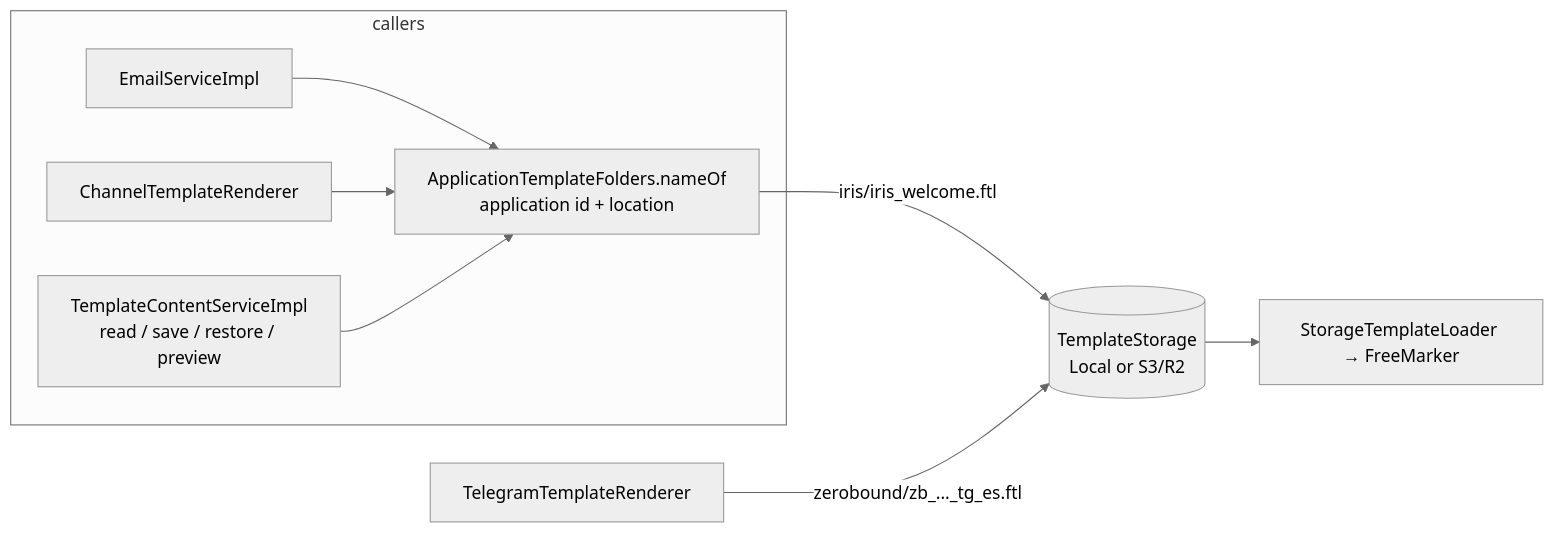
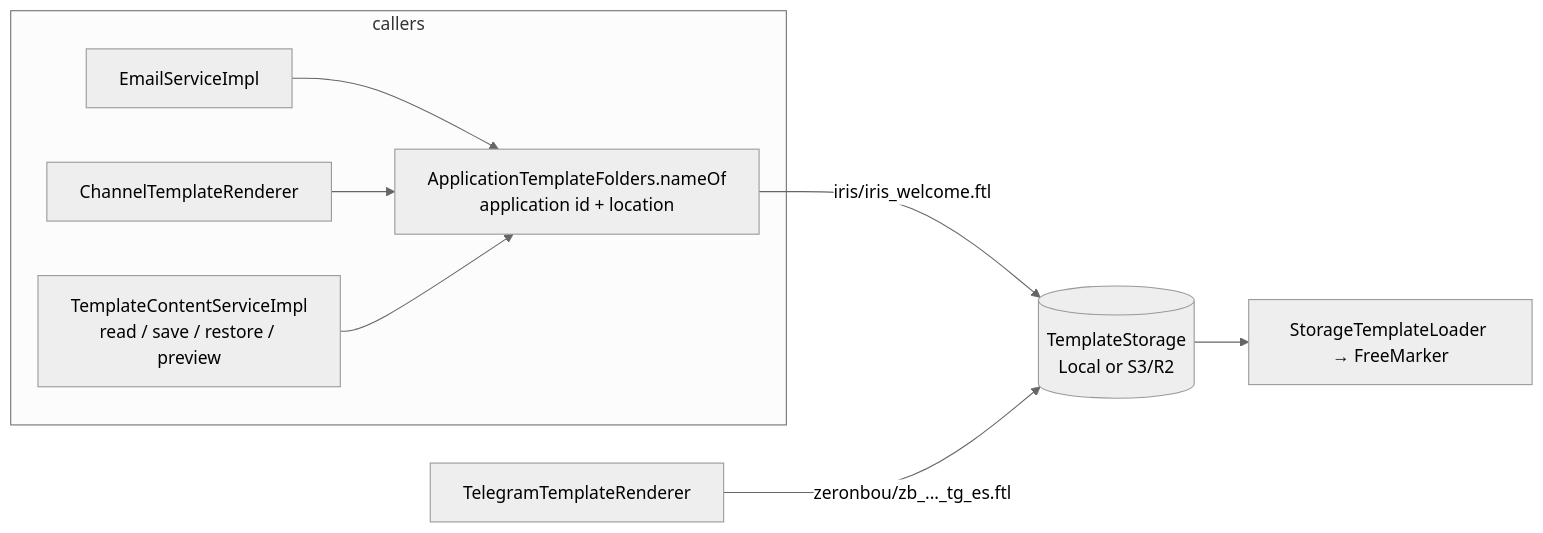
One commit to um-dev-creative/mercury changed the diagram in docs/tec/en/11-template-application-folders.md. Above: the diagram before and after it, drawn with Mermaid (neutral theme). The commit also changed other lines of this file and 11 other files, not shown here.

````diff
--- a/docs/tec/en/11-template-application-folders.md
+++ b/docs/tec/en/11-template-application-folders.md
@@ -7,11 +7,11 @@
 ```mermaid
 flowchart LR
   subgraph callers
     E[EmailServiceImpl] --> F
     C[ChannelTemplateRenderer] --> F
     P[TemplateContentServiceImpl<br/>read / save / restore / preview] --> F
   end
   F[ApplicationTemplateFolders.nameOf<br/>application id + location] -->|iris/iris_welcome.ftl| S[(TemplateStorage<br/>Local or S3/R2)]
-  T[TelegramTemplateRenderer] -->|zerobound/zb_..._tg_es.ftl| S
+  T[TelegramTemplateRenderer] -->|zeronbou/zb_..._tg_es.ftl| S
   S --> FM[StorageTemplateLoader → FreeMarker]
 ```
````
